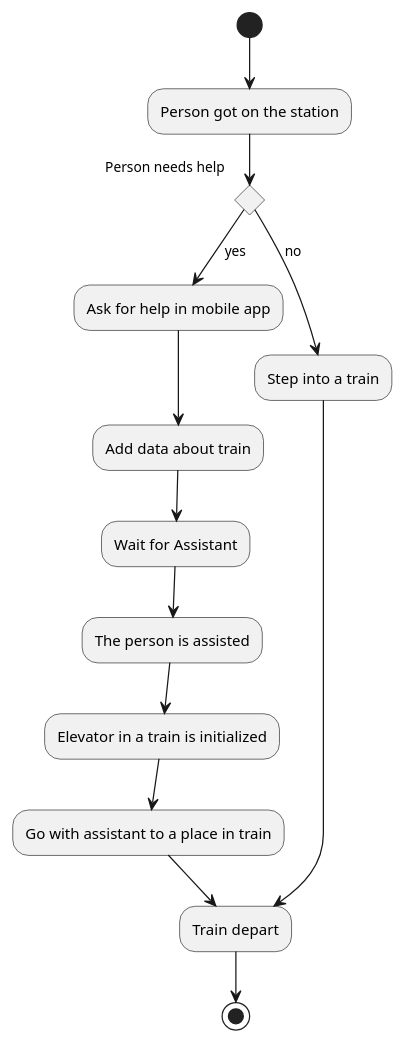
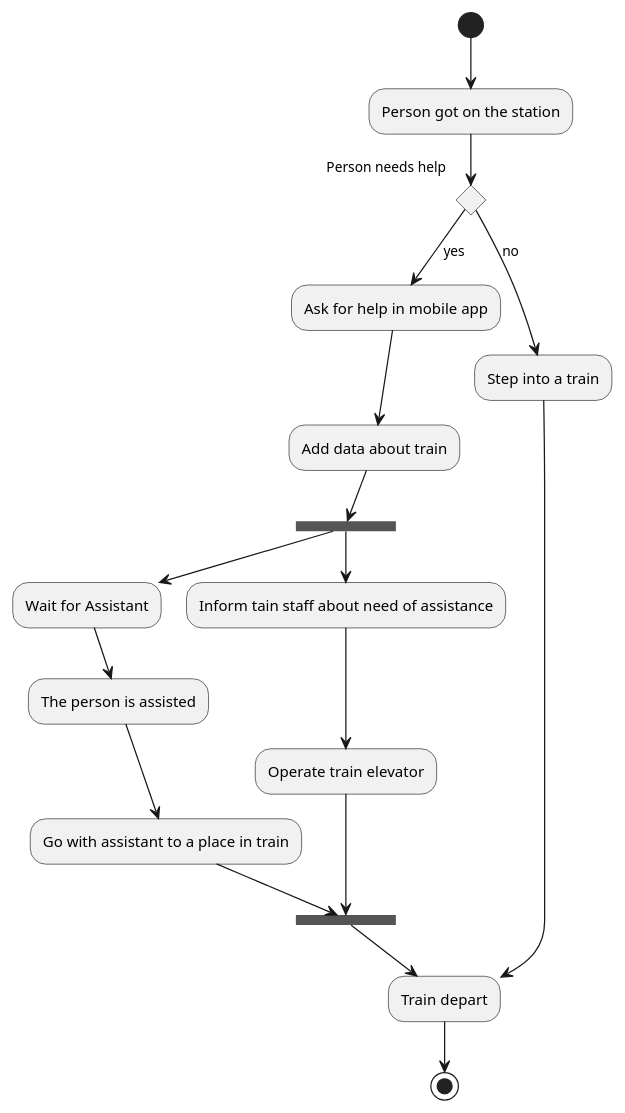
One commit to kpodlaski/ObjectOrientedDesign_2025 changed the diagram in train_activity_diagram.plantuml. Above: the diagram before and after it, drawn with PlantUML.

Commit message:
activity

```diff
--- a/train_activity_diagram.plantuml
+++ b/train_activity_diagram.plantuml
@@ -1,17 +1,23 @@
 @startuml
 'Dissabled person stepp into a train
 (*) --> "Person got on the station"
 --> if "Person needs help"
 --> [yes] "Ask for help in mobile app"
 --> "Add data about train"
+--> ===A1===
 --> "Wait for Assistant"
 --> "The person is assisted"
---> "Elevator in a train is initialized"
+
 --> "Go with assistant to a place in train"
+--> ===A2===
 --> "Train depart" as TrainDepart
 --> (*)
 else
 --> [no] "Step into a train"
 --> TrainDepart
 endif
+===A1=== --> "Inform tain staff about need of assistance"
+--> "Operate train elevator"
+--> ===A2===
+
 @enduml
```
